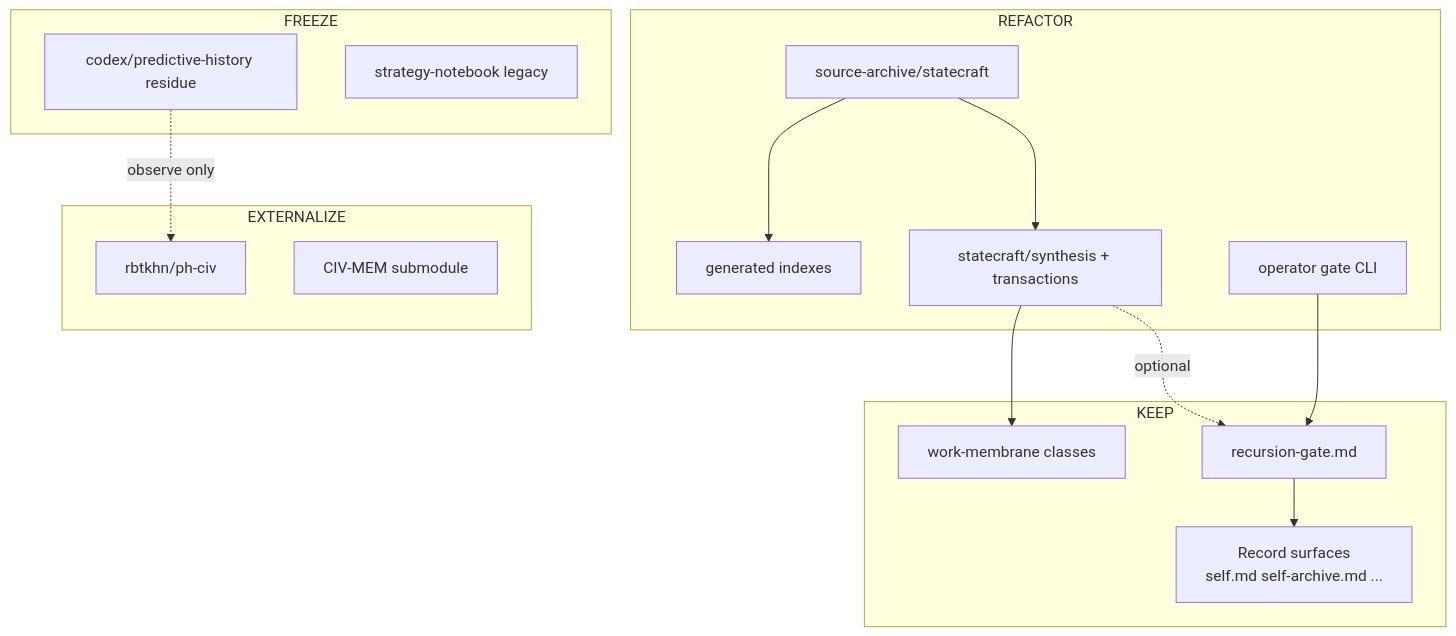
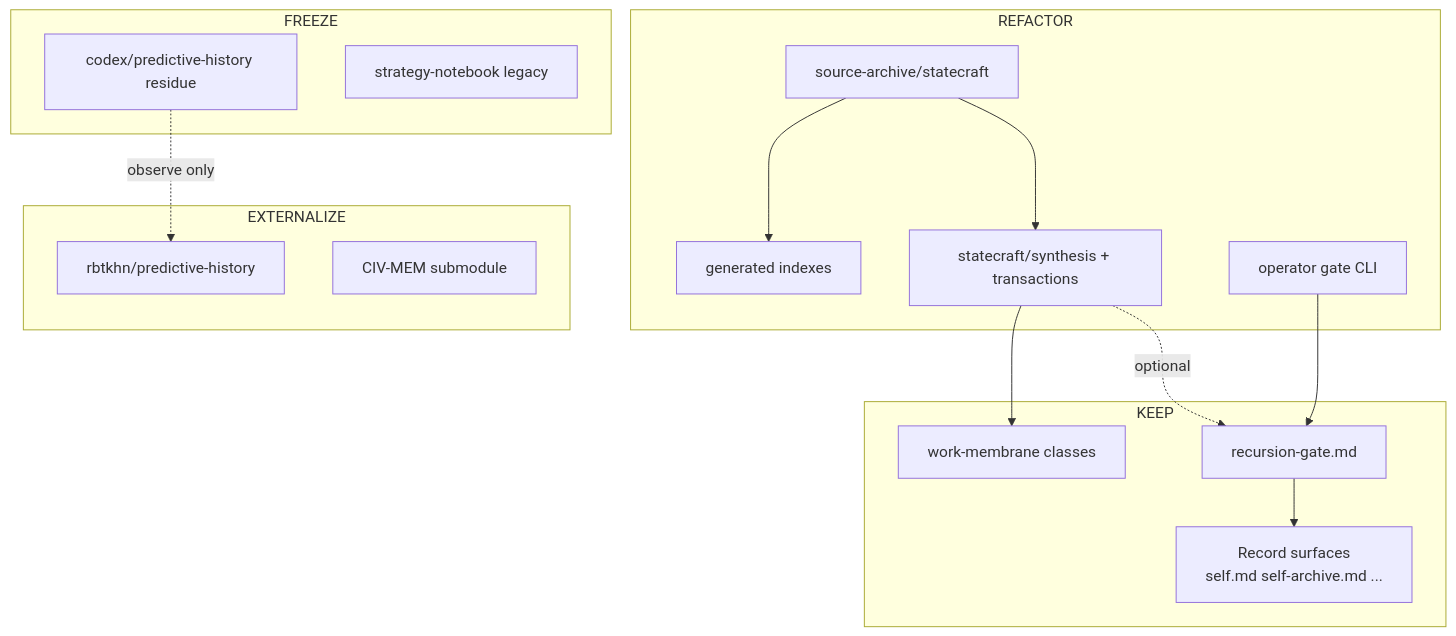
Before and after one commit to rbtkhn/strategy-codex: the diagram in docs/strategy-codex-redesign-brief.md, drawn with Mermaid. The commit also changed other lines of this file and 16 other files, not shown here.

Commit message:
Align PH public mirror naming to predictive-history across docs and boundary scripts.

````diff
--- a/docs/strategy-codex-redesign-brief.md
+++ b/docs/strategy-codex-redesign-brief.md
@@ -182,33 +182,33 @@
 ```mermaid
 flowchart TB
   subgraph keep [KEEP]
     R[Record surfaces<br/>self.md self-archive.md ...]
     G[recursion-gate.md]
     M[work-membrane classes]
   end
 
   subgraph refactor [REFACTOR]
     A[source-archive/statecraft]
     S[statecraft/synthesis + transactions]
     I[generated indexes]
     CLI[operator gate CLI]
   end
 
   subgraph freeze [FREEZE]
     PH[codex/predictive-history residue]
     NB[strategy-notebook legacy]
   end
 
   subgraph external [EXTERNALIZE]
-    PHCIV[rbtkhn/ph-civ]
+    PHCIV[rbtkhn/predictive-history]
     CIVMEM[CIV-MEM submodule]
   end
 
   A --> I
   A --> S
   S --> M
   S -.optional.-> G
   G --> R
   PH -.observe only.-> PHCIV
   CLI --> G
 ```
````
